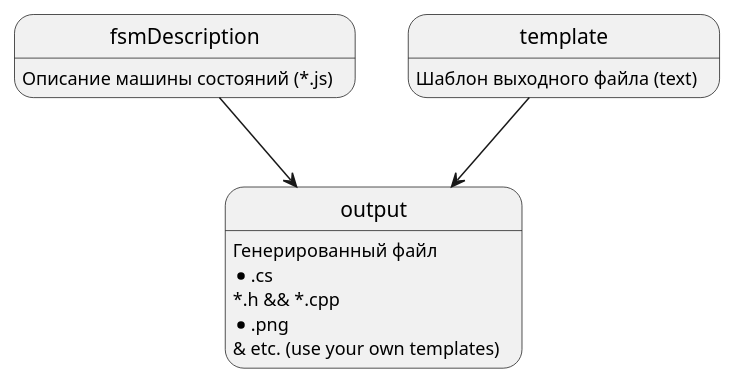
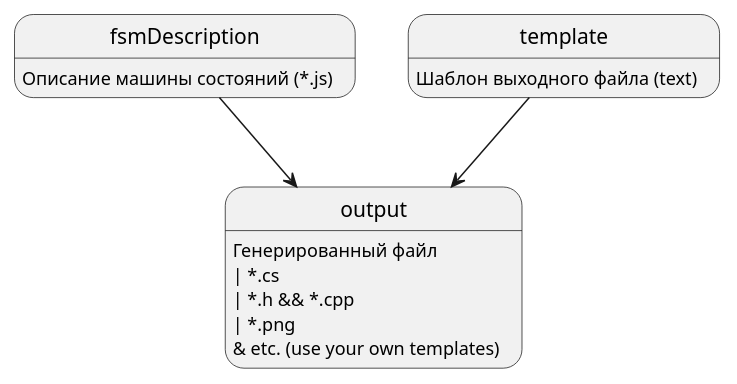
The diagram in .README/1.plantuml (1024sparrow/FSM), drawn with PlantUML before and after one commit. The commit also changed 1 other file, not shown here.

```diff
--- a/.README/1.plantuml
+++ b/.README/1.plantuml
@@ -1,13 +1,13 @@
 @startuml
 
 fsmDescription: Описание машины состояний (*.js)
 template: Шаблон выходного файла (text)
 output: Генерированный файл
-output: *.cs
-output: *.h && *.cpp
-output: *.png
+output: | *.cs
+output: | *.h && *.cpp
+output: | *.png
 output: & etc. (use your own templates)
 fsmDescription --> output
 template --> output
 
 @enduml
```
